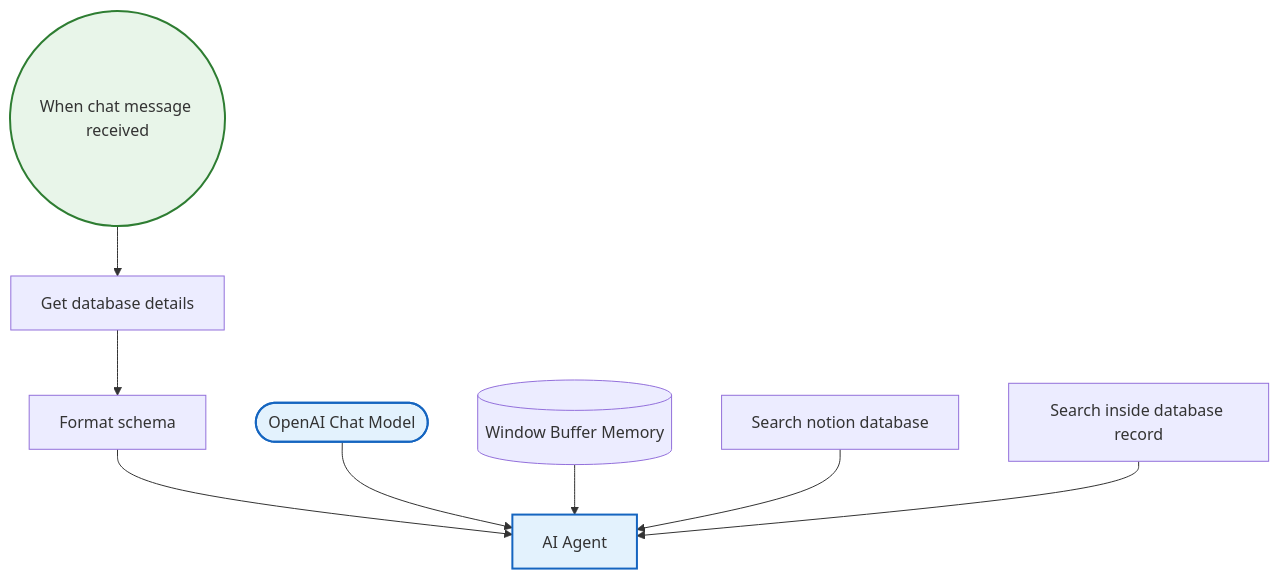
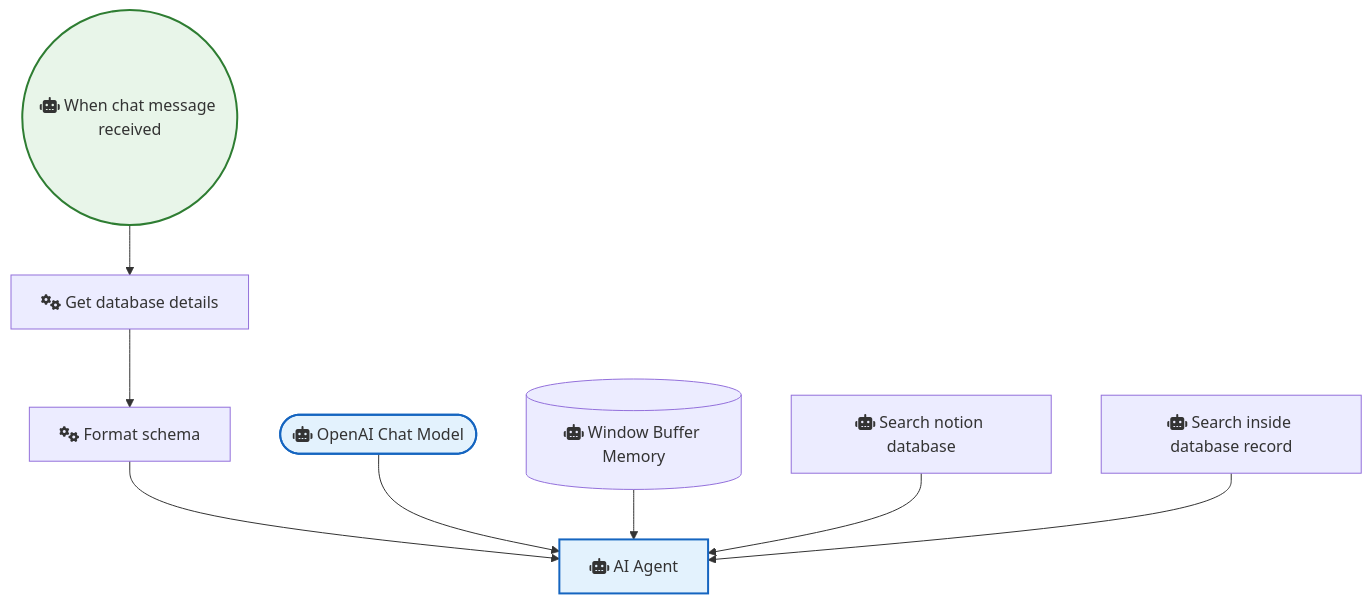
One commit to sreyash3105/N8N-DEMO-AUTOMATIONS changed the diagram in Notion/Notion knowledge base AI assistant.md. Above: the diagram before and after it, drawn with Mermaid. The commit also changed 291 other files, not shown here.

````diff
--- a/Notion/Notion knowledge base AI assistant.md
+++ b/Notion/Notion knowledge base AI assistant.md
@@ -1,23 +1,23 @@
 ```mermaid
 graph TD
     classDef trigger fill:#e8f5e9,stroke:#2e7d32,stroke-width:2px;
     classDef ai fill:#e3f2fd,stroke:#1565c0,stroke-width:2px;
     classDef logic fill:#fff3e0,stroke:#ef6c00,stroke-width:2px;
 
-    OpenAI_Chat_Model(["OpenAI Chat Model"]):::ai
-    Search_notion_database["Search notion database"]
-    Get_database_details["Get database details"]
-    Window_Buffer_Memory[("Window Buffer Memory")]
-    Search_inside_database_record["Search inside database record"]
-    Format_schema["Format schema"]
-    AI_Agent["AI Agent"]:::ai
-    When_chat_message_received(("When chat message received")):::trigger
+    OpenAI_Chat_Model(["fas:fa-robot OpenAI Chat Model"]):::ai
+    Search_notion_database["fas:fa-robot Search notion database"]
+    Get_database_details["fas:fa-cogs Get database details"]
+    Window_Buffer_Memory[("fas:fa-robot Window Buffer Memory")]
+    Search_inside_database_record["fas:fa-robot Search inside database record"]
+    Format_schema["fas:fa-cogs Format schema"]
+    AI_Agent["fas:fa-robot AI Agent"]:::ai
+    When_chat_message_received(("fas:fa-robot When chat message received")):::trigger
 
     Format_schema --> AI_Agent
     OpenAI_Chat_Model --> AI_Agent
     Get_database_details --> Format_schema
     Window_Buffer_Memory --> AI_Agent
     Search_notion_database --> AI_Agent
     When_chat_message_received --> Get_database_details
     Search_inside_database_record --> AI_Agent
 ```
````
